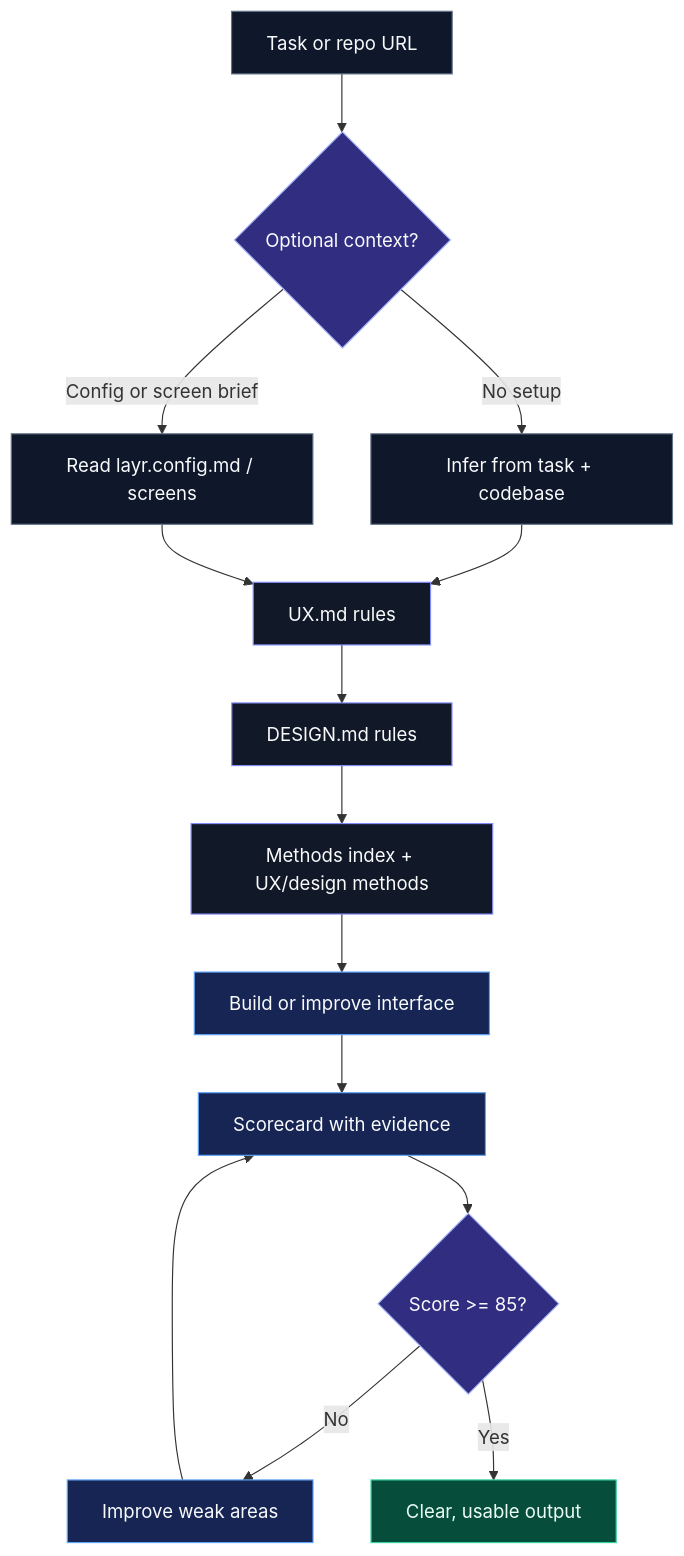
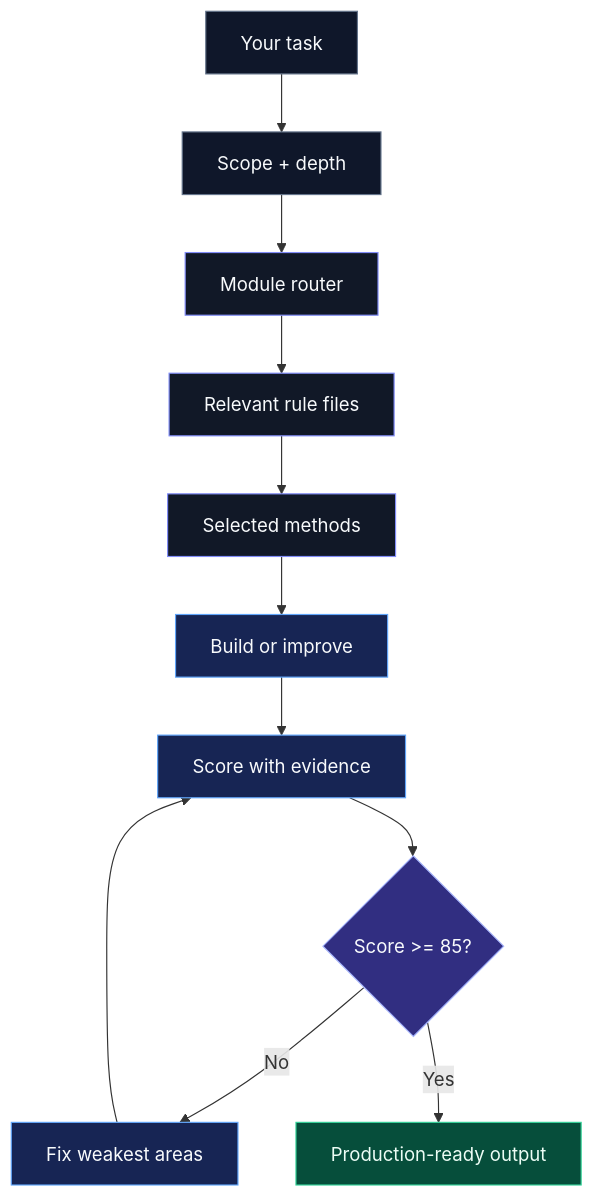
One commit to Mike-Moore100/UX-Design-System-for-AI changed the diagram in README.md. Above: the diagram before and after it, drawn with Mermaid. The commit also changed other lines of this file and 153 other files, not shown here.

Commit message:
Expand Layr production system

````diff
--- a/README.md
+++ b/README.md
@@ -170,28 +150,25 @@
 ```mermaid
 flowchart TD
-    A["Task or repo URL"] --> B{"Optional context?"}
-    B -- "No setup" --> C["Infer from task + codebase"]
-    B -- "Config or screen brief" --> D["Read layr.config.md / screens"]
-    C --> E["UX.md rules"]
-    D --> E
-    E --> F["DESIGN.md rules"]
-    F --> G["Methods index + UX/design methods"]
-    G --> H["Build or improve interface"]
-    H --> I["Scorecard with evidence"]
-    I --> J{"Score >= 85?"}
-    J -- "No" --> K["Improve weak areas"]
-    K --> I
-    J -- "Yes" --> L["Clear, usable output"]
+    A["Your task"] --> B["Scope + depth"]
+    B --> C["Module router"]
+    C --> D["Relevant rule files"]
+    D --> E["Selected methods"]
+    E --> F["Build or improve"]
+    F --> G["Score with evidence"]
+    G --> H{"Score >= 85?"}
+    H -- "No" --> I["Fix weakest areas"]
+    I --> G
+    H -- "Yes" --> J["Production-ready output"]
 
     classDef input fill:#0f172a,stroke:#64748b,color:#f8fafc;
     classDef rules fill:#111827,stroke:#818cf8,color:#f8fafc;
     classDef action fill:#172554,stroke:#60a5fa,color:#f8fafc;
     classDef decision fill:#312e81,stroke:#a5b4fc,color:#f8fafc;
     classDef output fill:#064e3b,stroke:#34d399,color:#ecfdf5;
 
-    class A,C,D input;
-    class E,F,G rules;
-    class H,I,K action;
-    class B,J decision;
-    class L output;
+    class A,B input;
+    class C,D,E rules;
+    class F,G,I action;
+    class H decision;
+    class J output;
 ```
````
